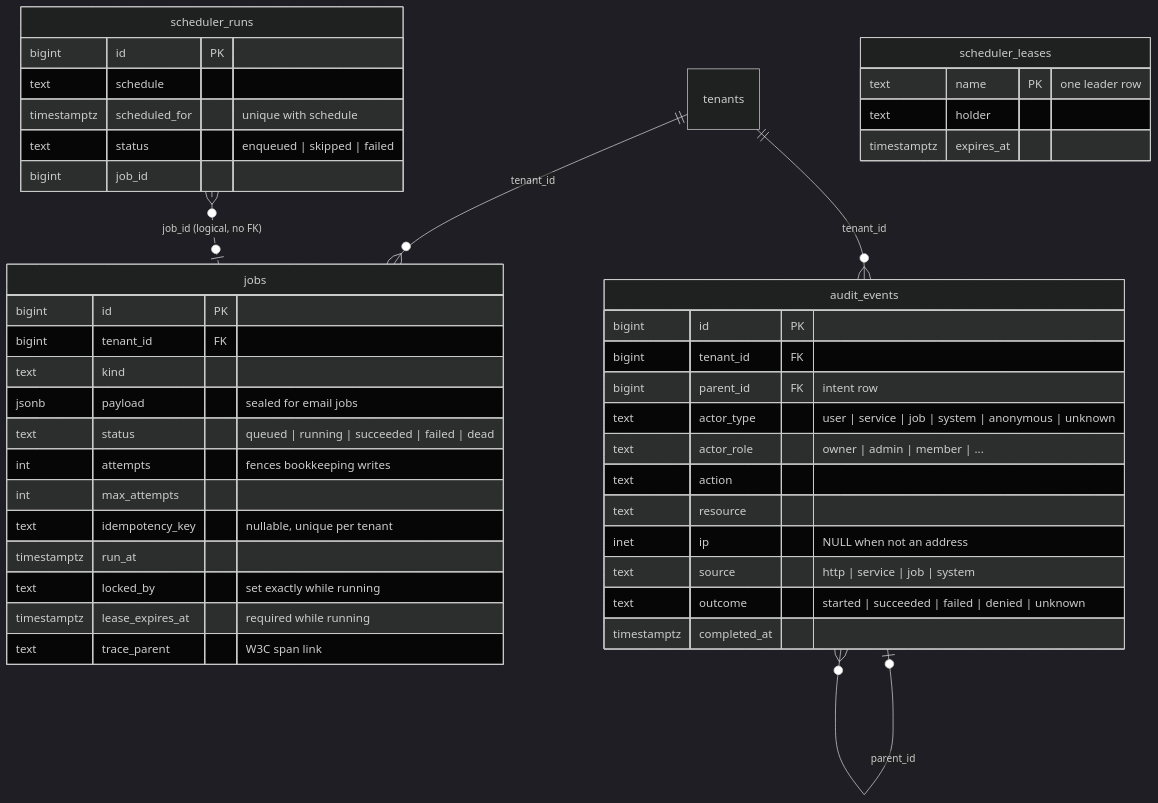
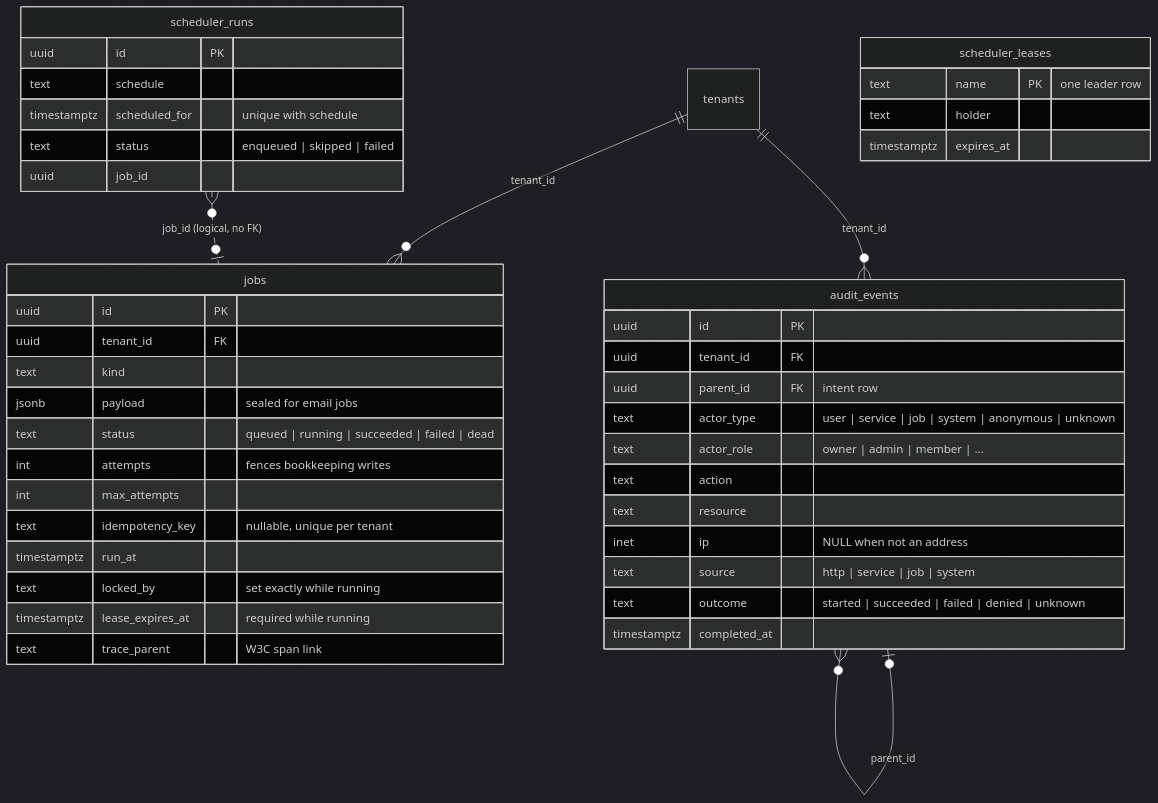
Before and after one commit to chuanghiduoc/fiber-golang-boilerplate: the fourth of 4 diagrams in docs/data-model.md, drawn with Mermaid (dark theme). The commit also changed other lines of this file and 911 other files, not shown here.

````diff
--- a/docs/data-model.md
+++ b/docs/data-model.md
@@ -583,47 +627,47 @@
 ```mermaid
 erDiagram
     tenants ||--o{ jobs : "tenant_id"
     tenants ||--o{ audit_events : "tenant_id"
     audit_events |o--o{ audit_events : "parent_id"
     scheduler_runs }o..o| jobs : "job_id (logical, no FK)"
 
     jobs {
-        bigint id PK
-        bigint tenant_id FK
+        uuid id PK
+        uuid tenant_id FK
         text kind
         jsonb payload "sealed for email jobs"
         text status "queued | running | succeeded | failed | dead"
         int attempts "fences bookkeeping writes"
         int max_attempts
         text idempotency_key "nullable, unique per tenant"
         timestamptz run_at
         text locked_by "set exactly while running"
         timestamptz lease_expires_at "required while running"
         text trace_parent "W3C span link"
     }
     audit_events {
-        bigint id PK
-        bigint tenant_id FK
-        bigint parent_id FK "intent row"
+        uuid id PK
+        uuid tenant_id FK
+        uuid parent_id FK "intent row"
         text actor_type "user | service | job | system | anonymous | unknown"
         text actor_role "owner | admin | member | ..."
         text action
         text resource
         inet ip "NULL when not an address"
         text source "http | service | job | system"
         text outcome "started | succeeded | failed | denied | unknown"
         timestamptz completed_at
     }
     scheduler_leases {
         text name PK "one leader row"
         text holder
         timestamptz expires_at
     }
     scheduler_runs {
-        bigint id PK
+        uuid id PK
         text schedule
         timestamptz scheduled_for "unique with schedule"
         text status "enqueued | skipped | failed"
-        bigint job_id
+        uuid job_id
     }
 ```
````
